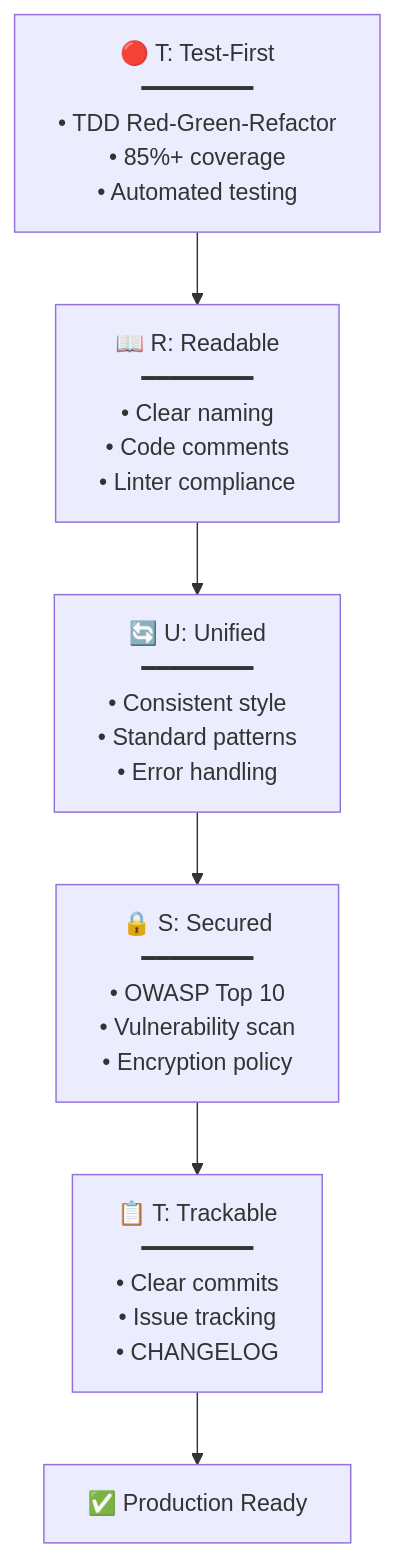
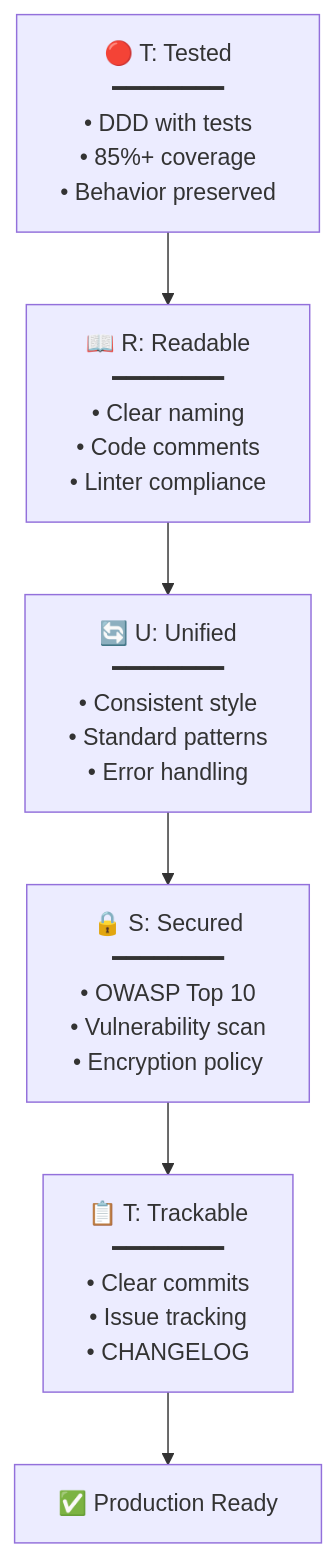
One commit to modu-ai/moai-adk changed the eighth of 8 diagrams in README.md. Above: the diagram before and after it, drawn with Mermaid. The commit also changed other lines of this file and 125 other files, not shown here.

````diff
--- a/README.md
+++ b/README.md
@@ -1362,10 +1318,10 @@
 ```mermaid
 graph TD
-    T1["🔴 T: Test-First<br/>━━━━━━━━<br/>• TDD Red-Green-Refactor<br/>• 85%+ coverage<br/>• Automated testing"]
+    T1["🔴 T: Tested<br/>━━━━━━━━<br/>• DDD with tests<br/>• 85%+ coverage<br/>• Behavior preserved"]
     R["📖 R: Readable<br/>━━━━━━━━<br/>• Clear naming<br/>• Code comments<br/>• Linter compliance"]
     U["🔄 U: Unified<br/>━━━━━━━━<br/>• Consistent style<br/>• Standard patterns<br/>• Error handling"]
     S["🔒 S: Secured<br/>━━━━━━━━<br/>• OWASP Top 10<br/>• Vulnerability scan<br/>• Encryption policy"]
     T2["📋 T: Trackable<br/>━━━━━━━━<br/>• Clear commits<br/>• Issue tracking<br/>• CHANGELOG"]
 
     T1 --> R --> U --> S --> T2 --> Deploy["✅ Production Ready"]
 ```
````
